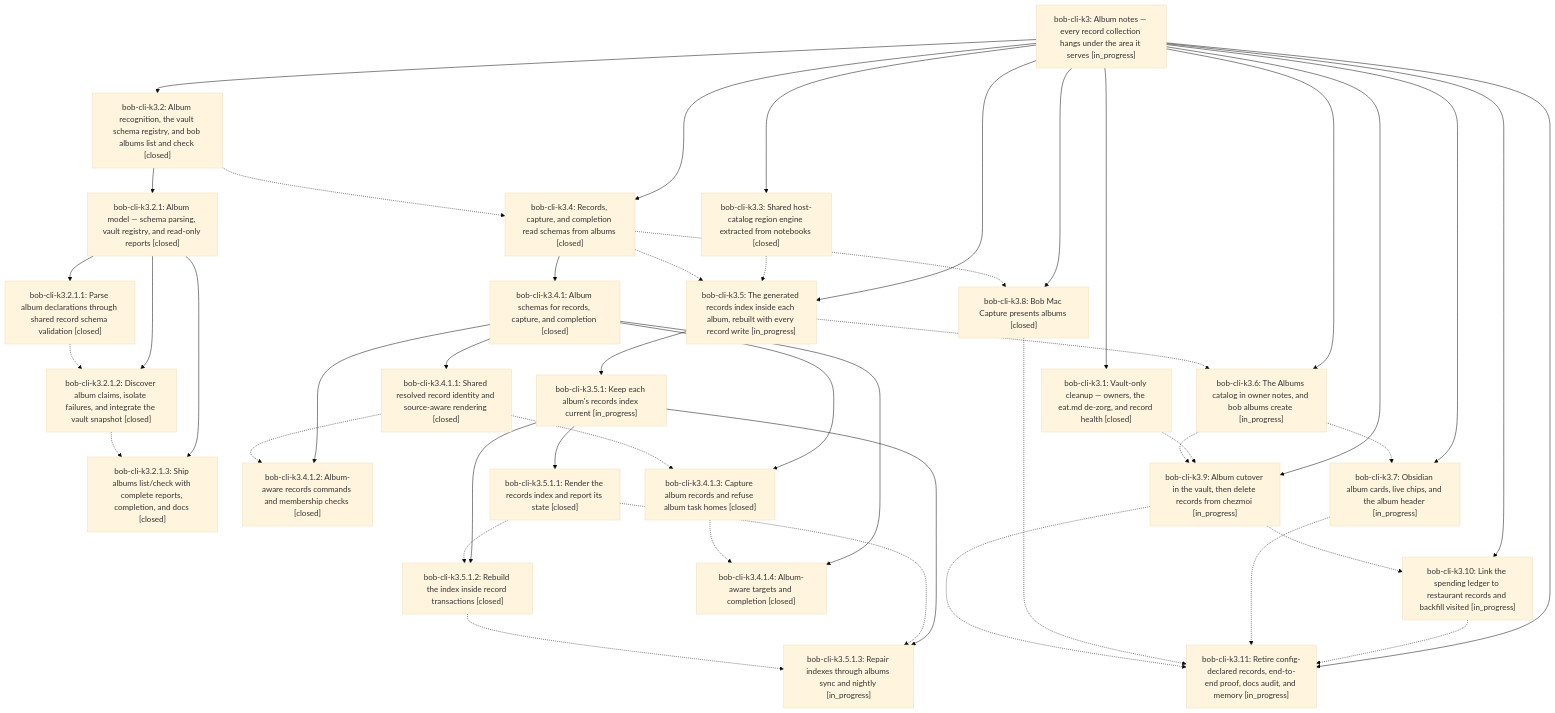
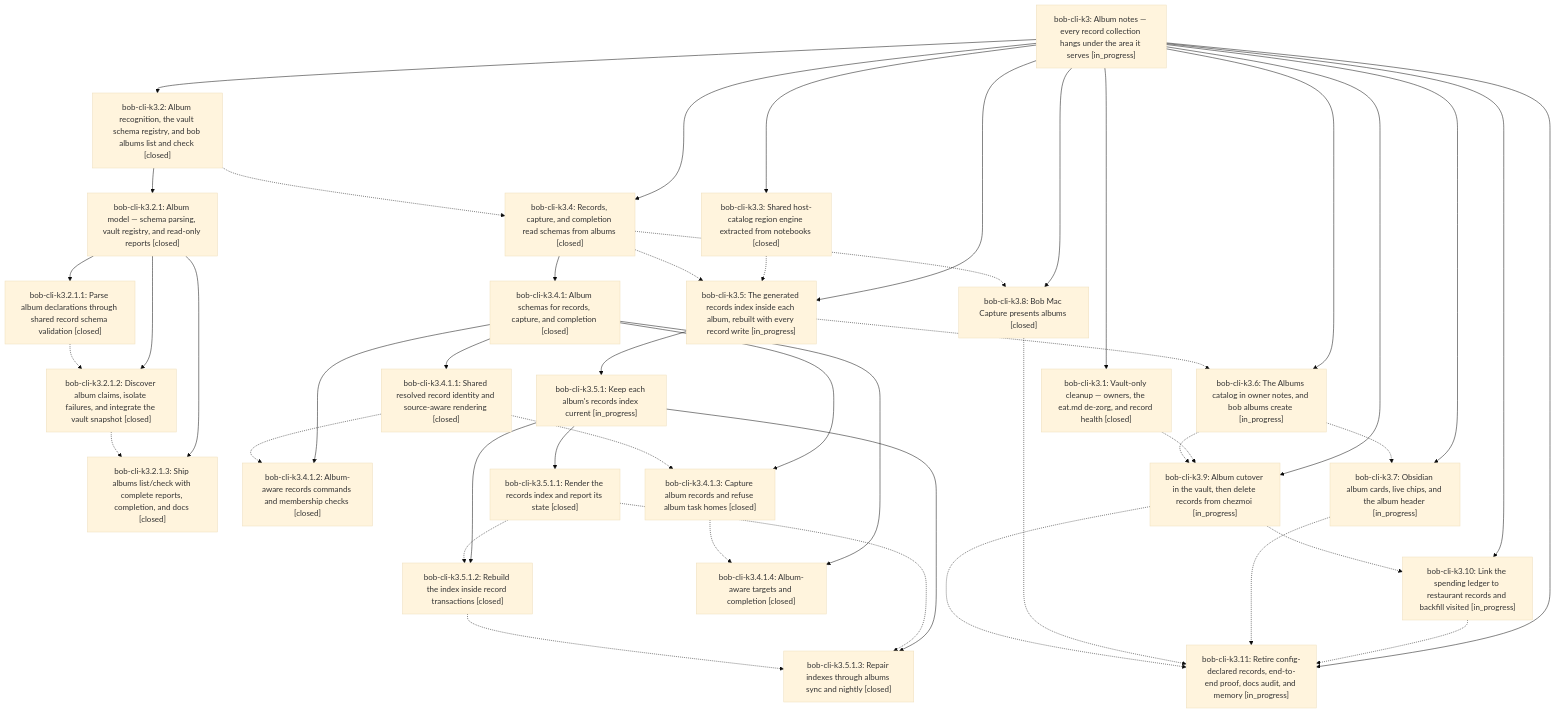
The diagram in pages/bob-cli-k3/README.md (bobs-org/bob-cli--beads), drawn with Mermaid (base theme) before and after one commit. The commit also changed other lines of this file and 5 other files, not shown here.

First line of the commit message:
chore(beads): sync bead state and pages for bob-cli-k3

````diff
--- a/pages/bob-cli-k3/README.md
+++ b/pages/bob-cli-k3/README.md
@@ -46,73 +46,73 @@
 ```mermaid
 flowchart TD
     n0["bob-cli-k3: Album notes — every record collection hangs under the area it serves [in_progress]"]
     n1["bob-cli-k3.1: Vault-only cleanup — owners, the eat.md de-zorg, and record health [closed]"]
     n2["bob-cli-k3.10: Link the spending ledger to restaurant records and backfill visited [in_progress]"]
     n3["bob-cli-k3.11: Retire config-declared records, end-to-end proof, docs audit, and memory [in_progress]"]
     n4["bob-cli-k3.2: Album recognition, the vault schema registry, and bob albums list and check [closed]"]
     n5["bob-cli-k3.2.1: Album model — schema parsing, vault registry, and read-only reports [closed]"]
     n6["bob-cli-k3.2.1.1: Parse album declarations through shared record schema validation [closed]"]
     n7["bob-cli-k3.2.1.2: Discover album claims, isolate failures, and integrate the vault snapshot [closed]"]
     n8["bob-cli-k3.2.1.3: Ship albums list/check with complete reports, completion, and docs [closed]"]
     n9["bob-cli-k3.3: Shared host-catalog region engine extracted from notebooks [closed]"]
     n10["bob-cli-k3.4: Records, capture, and completion read schemas from albums [closed]"]
     n11["bob-cli-k3.4.1: Album schemas for records, capture, and completion [closed]"]
     n12["bob-cli-k3.4.1.1: Shared resolved record identity and source-aware rendering [closed]"]
     n13["bob-cli-k3.4.1.2: Album-aware records commands and membership checks [closed]"]
     n14["bob-cli-k3.4.1.3: Capture album records and refuse album task homes [closed]"]
     n15["bob-cli-k3.4.1.4: Album-aware targets and completion [closed]"]
     n16["bob-cli-k3.5: The generated records index inside each album, rebuilt with every record write [in_progress]"]
     n17["bob-cli-k3.5.1: Keep each album's records index current [in_progress]"]
     n18["bob-cli-k3.5.1.1: Render the records index and report its state [closed]"]
     n19["bob-cli-k3.5.1.2: Rebuild the index inside record transactions [closed]"]
-    n20["bob-cli-k3.5.1.3: Repair indexes through albums sync and nightly [in_progress]"]
+    n20["bob-cli-k3.5.1.3: Repair indexes through albums sync and nightly [closed]"]
     n21["bob-cli-k3.6: The Albums catalog in owner notes, and bob albums create [in_progress]"]
     n22["bob-cli-k3.7: Obsidian album cards, live chips, and the album header [in_progress]"]
     n23["bob-cli-k3.8: Bob Mac Capture presents albums [closed]"]
     n24["bob-cli-k3.9: Album cutover in the vault, then delete records from chezmoi [in_progress]"]
     n0 --> n1
     n0 --> n2
     n0 --> n3
     n0 --> n4
     n4 --> n5
     n5 --> n6
     n5 --> n7
     n5 --> n8
     n0 --> n9
     n0 --> n10
     n10 --> n11
     n11 --> n12
     n11 --> n13
     n11 --> n14
     n11 --> n15
     n0 --> n16
     n16 --> n17
     n17 --> n18
     n17 --> n19
     n17 --> n20
     n0 --> n21
     n0 --> n22
     n0 --> n23
     n0 --> n24
     n1 -.-> n24
     n2 -.-> n3
     n4 -.-> n10
     n6 -.-> n7
     n7 -.-> n8
     n9 -.-> n16
     n10 -.-> n16
     n10 -.-> n23
     n12 -.-> n13
     n12 -.-> n14
     n14 -.-> n15
     n16 -.-> n21
     n18 -.-> n19
     n18 -.-> n20
     n19 -.-> n20
     n21 -.-> n22
     n21 -.-> n24
     n22 -.-> n3
     n23 -.-> n3
     n24 -.-> n2
     n24 -.-> n3
 ```
````
